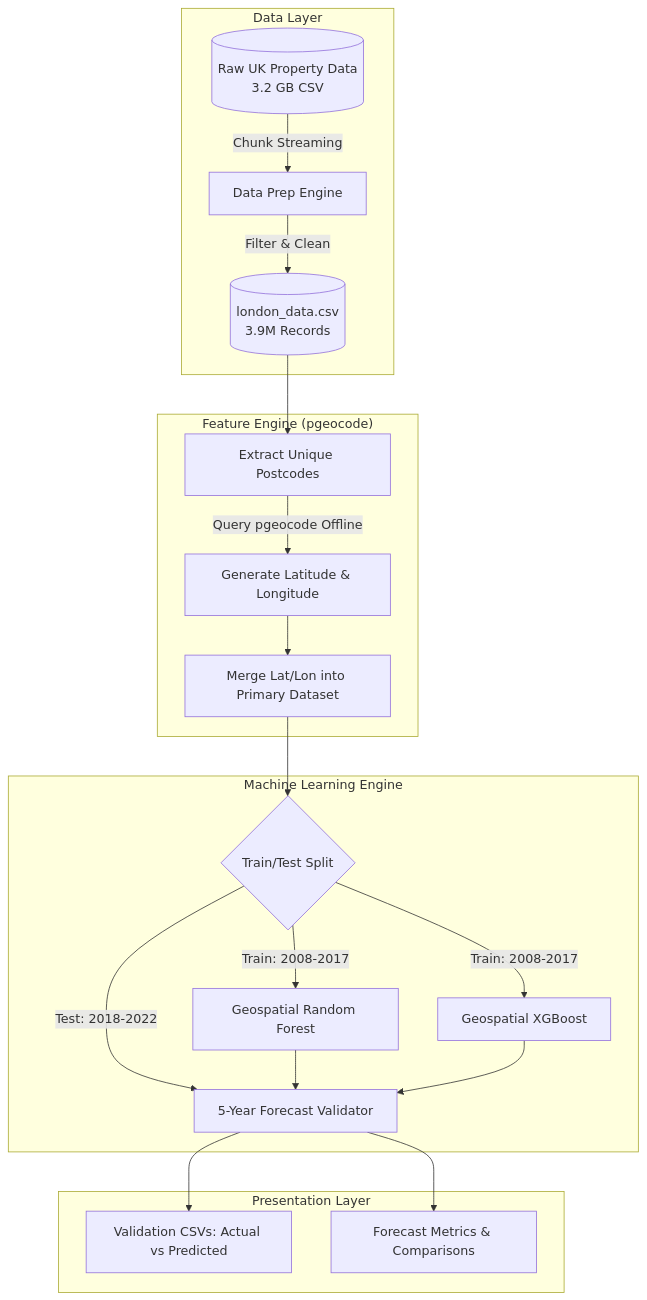
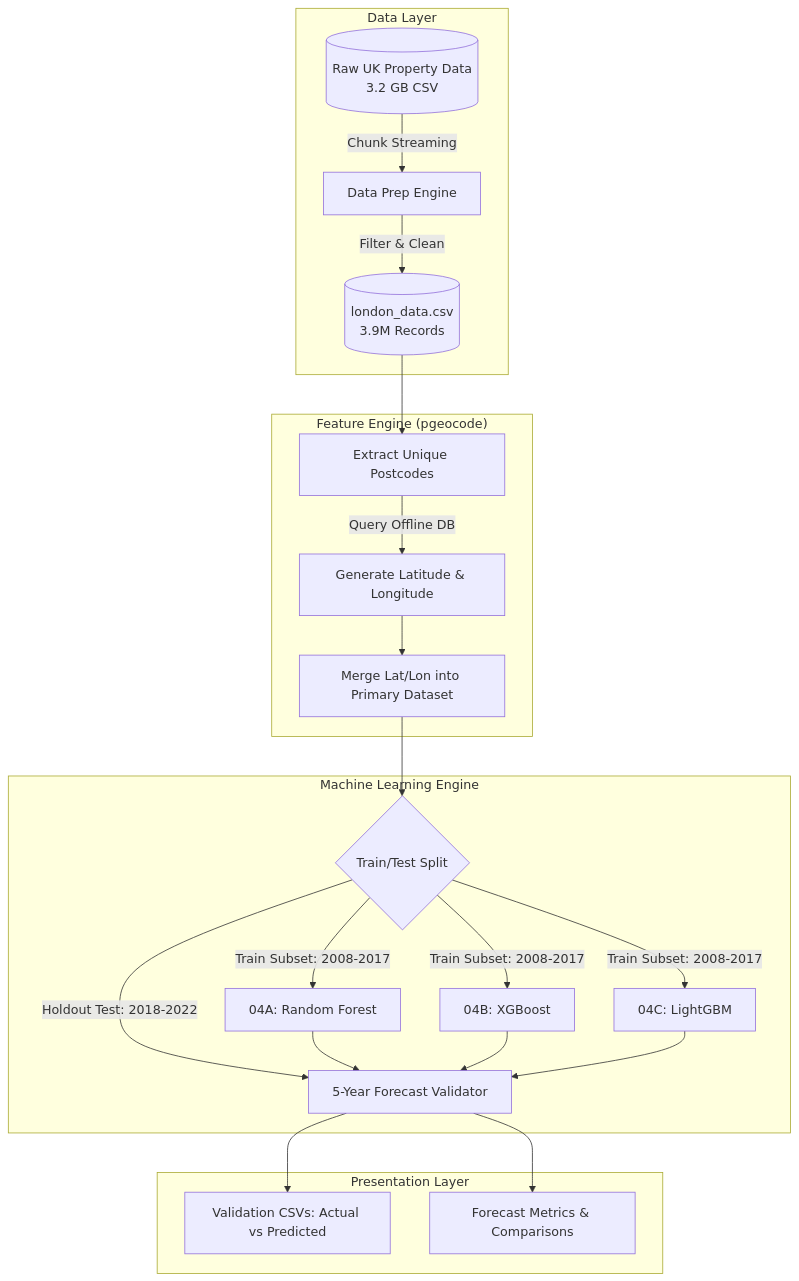
One commit to SuyeshaMitra/Real_Estate_Demand_Estmation changed the diagram in README.md. Above: the diagram before and after it, drawn with Mermaid. The commit also changed other lines of this file and 3 other files, not shown here.

Commit message:
Integrated LightGBM 3-Model Geospatial Comparison pipeline with comprehensive Pros/Cons evaluation summary in README.

````diff
--- a/README.md
+++ b/README.md
@@ -9,27 +9,29 @@
 ```mermaid
 graph TD
     subgraph Data Layer
         A[(Raw UK Property Data\n3.2 GB CSV)] -->|Chunk Streaming| B[Data Prep Engine]
         B -->|Filter & Clean| C[(london_data.csv\n3.9M Records)]
     end
 
     subgraph "Feature Engine (pgeocode)"
         C --> D[Extract Unique Postcodes]
-        D -->|Query pgeocode Offline| E[Generate Latitude & Longitude]
+        D -->|Query Offline DB| E[Generate Latitude & Longitude]
         E --> F[Merge Lat/Lon into Primary Dataset]
     end
 
     subgraph Machine Learning Engine
         F --> G{Train/Test Split}
-        G -->|Train: 2008-2017| H[Geospatial Random Forest]
-        G -->|Train: 2008-2017| X[Geospatial XGBoost]
-        G -->|Test: 2018-2022| I[5-Year Forecast Validator]
+        G -->|Train Subset: 2008-2017| H[04A: Random Forest]
+        G -->|Train Subset: 2008-2017| X[04B: XGBoost]
+        G -->|Train Subset: 2008-2017| L[04C: LightGBM]
+        G -->|Holdout Test: 2018-2022| I[5-Year Forecast Validator]
         H --> I
         X --> I
+        L --> I
     end
 
     subgraph Presentation Layer
         I --> J[Validation CSVs: Actual vs Predicted]
         I --> K[Forecast Metrics & Comparisons]
     end
 ```
````
